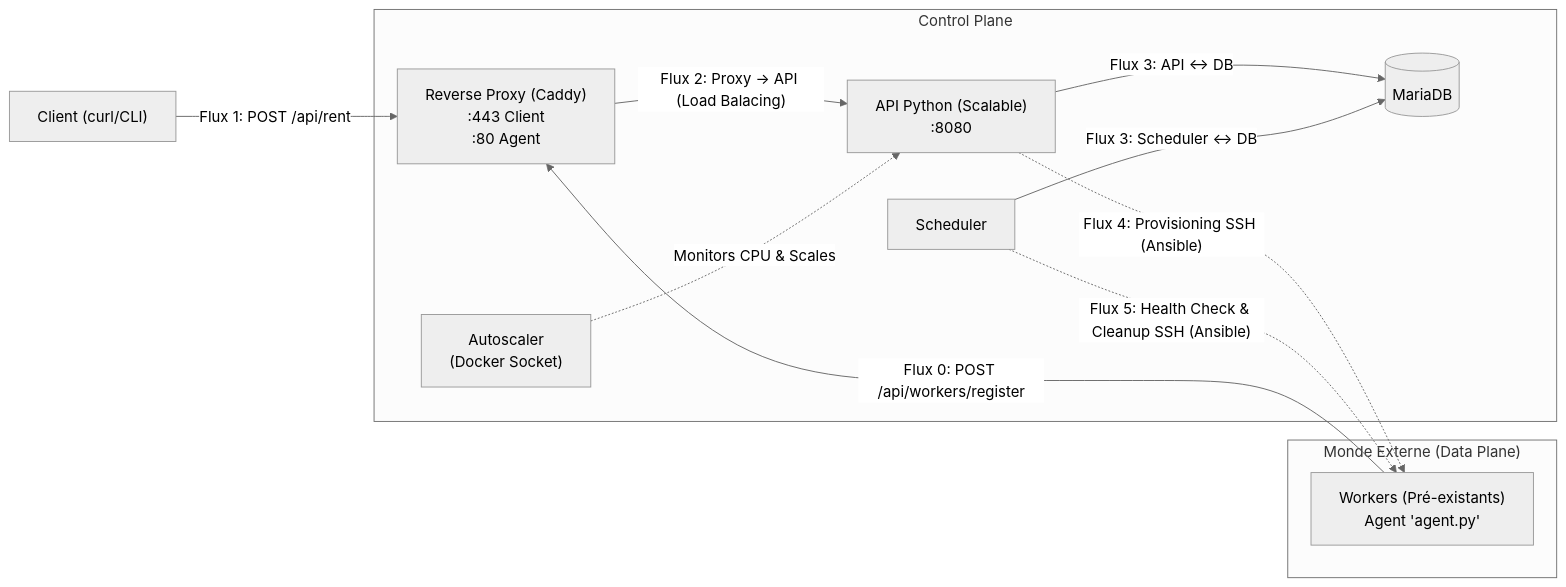
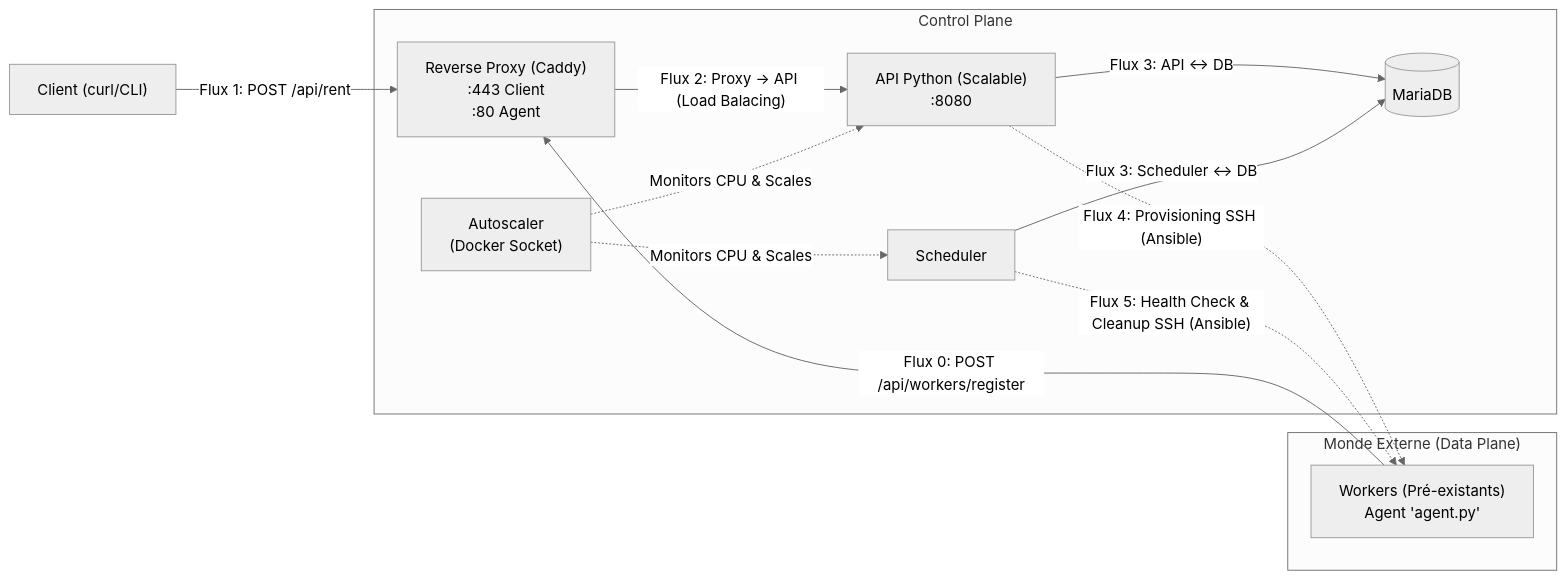
One commit to TedBarbier/projet_deploiement changed the diagram in README.md. Above: the diagram before and after it, drawn with Mermaid (neutral theme). The commit also changed 2 other files, not shown here.

Commit message:
add vagrantfile and update documentation

````diff
--- a/README.md
+++ b/README.md
@@ -34,26 +34,27 @@
 ```mermaid
 flowchart LR
     Client["Client (curl/CLI)"]
 
     subgraph DATA["Monde Externe (Data Plane)"]
         Worker["Workers (Pré-existants)<br/>Agent 'agent.py'"]
     end
 
     subgraph CONTROL["Control Plane"]
         RP["Reverse Proxy (Caddy)<br/>:443 Client<br/>:80 Agent"]
         API["API Python (Scalable)<br/>:8080"]
         AS["Autoscaler<br/>(Docker Socket)"]
         SCHED["Scheduler"]
         DB[(MariaDB)]
     end
 
     %% Flux
     Worker -- "Flux 0: POST /api/workers/register" --> RP
     Client -->|"Flux 1: POST /api/rent" | RP
     RP -->|"Flux 2: Proxy → API (Load Balacing)" | API
     API -->|"Flux 3: API ↔ DB" | DB
     SCHED -->|"Flux 3: Scheduler ↔ DB" | DB
     AS -.->|"Monitors CPU & Scales"| API
+    AS -.->|"Monitors CPU & Scales"| SCHED
     API -.->|"Flux 4: Provisioning SSH (Ansible)" | Worker
     SCHED -.->|"Flux 5: Health Check & Cleanup SSH (Ansible)" | Worker
 ```
````
